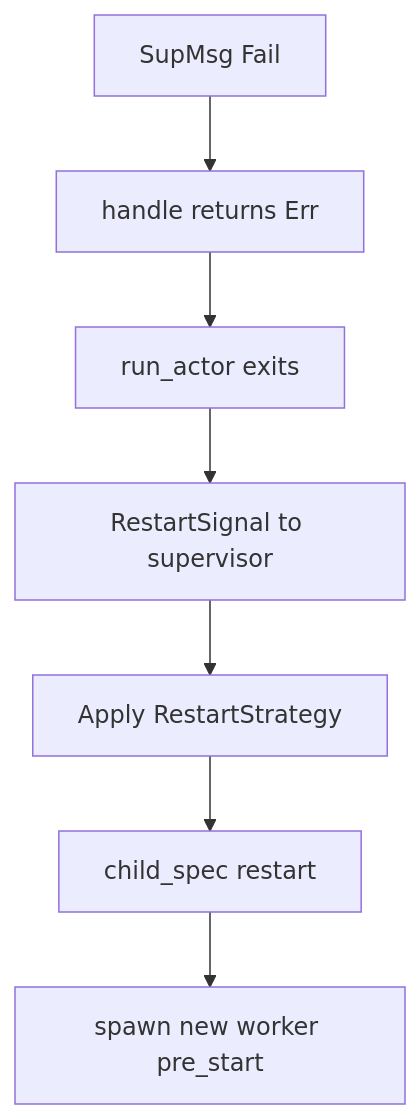
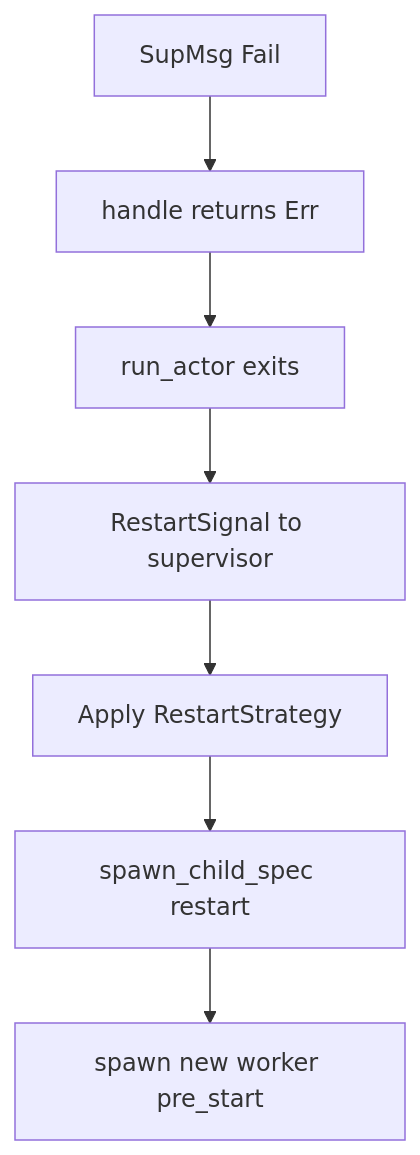
One commit to akashsoni01/lane_switchboards changed the fifth of 5 diagrams in examples/supervisor_strategies.md. Above: the diagram before and after it, drawn with Mermaid. The commit also changed other lines of this file and 5 other files, not shown here.

Commit message:
fn spawn_child_spec added

````diff
--- a/examples/supervisor_strategies.md
+++ b/examples/supervisor_strategies.md
@@ -285,12 +299,12 @@
 ```mermaid
 flowchart TD
     Msg["SupMsg Fail"]
     Handle["handle returns Err"]
     Exit["run_actor exits"]
     Signal["RestartSignal to supervisor"]
     Strategy["Apply RestartStrategy"]
-    Factory["child_spec restart"]
+    Factory["spawn_child_spec restart"]
     Spawn["spawn new worker pre_start"]
 
     Msg --> Handle --> Exit --> Signal --> Strategy --> Factory --> Spawn
 ```
````
